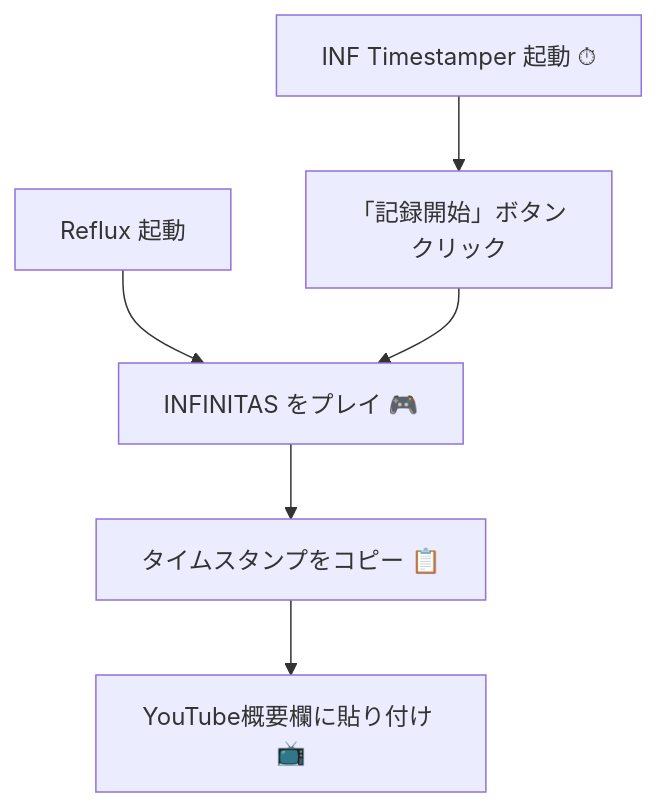
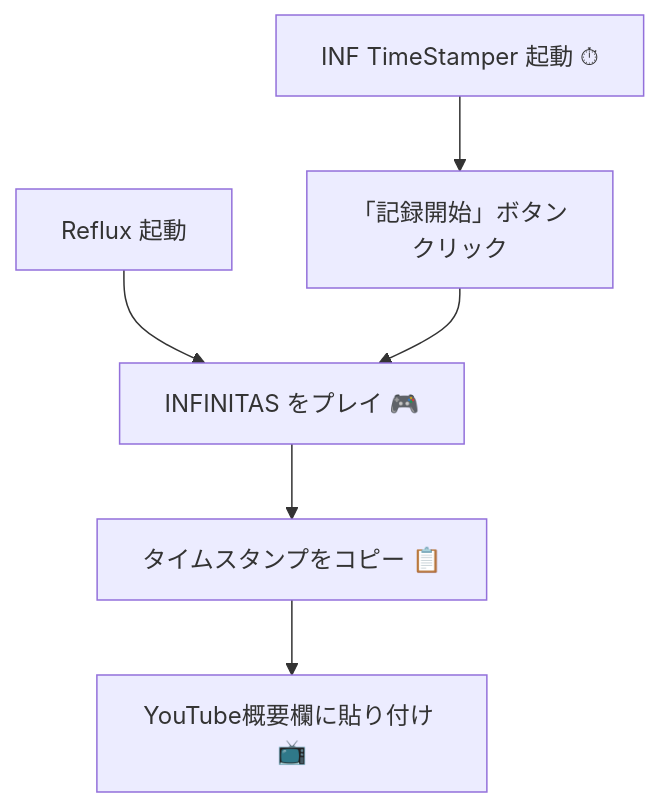
The first of 2 diagrams in README.md (Freedom645/inf-timestamper), drawn with Mermaid before and after one commit. The commit also changed other lines of this file and 8 other files, not shown here.

````diff
--- a/README.md
+++ b/README.md
@@ -53,8 +66,8 @@
 ```mermaid
 flowchart TD
     A[Reflux 起動] --> D
-    B[INF Timestamper 起動 ⏱] --> C[「記録開始」ボタン<br>クリック]
+    B[INF TimeStamper 起動 ⏱] --> C[「記録開始」ボタン<br>クリック]
     C --> D[INFINITAS をプレイ 🎮]
     D --> E[タイムスタンプをコピー 📋]
     E --> F[YouTube概要欄に貼り付け 📺]
 ```
````
